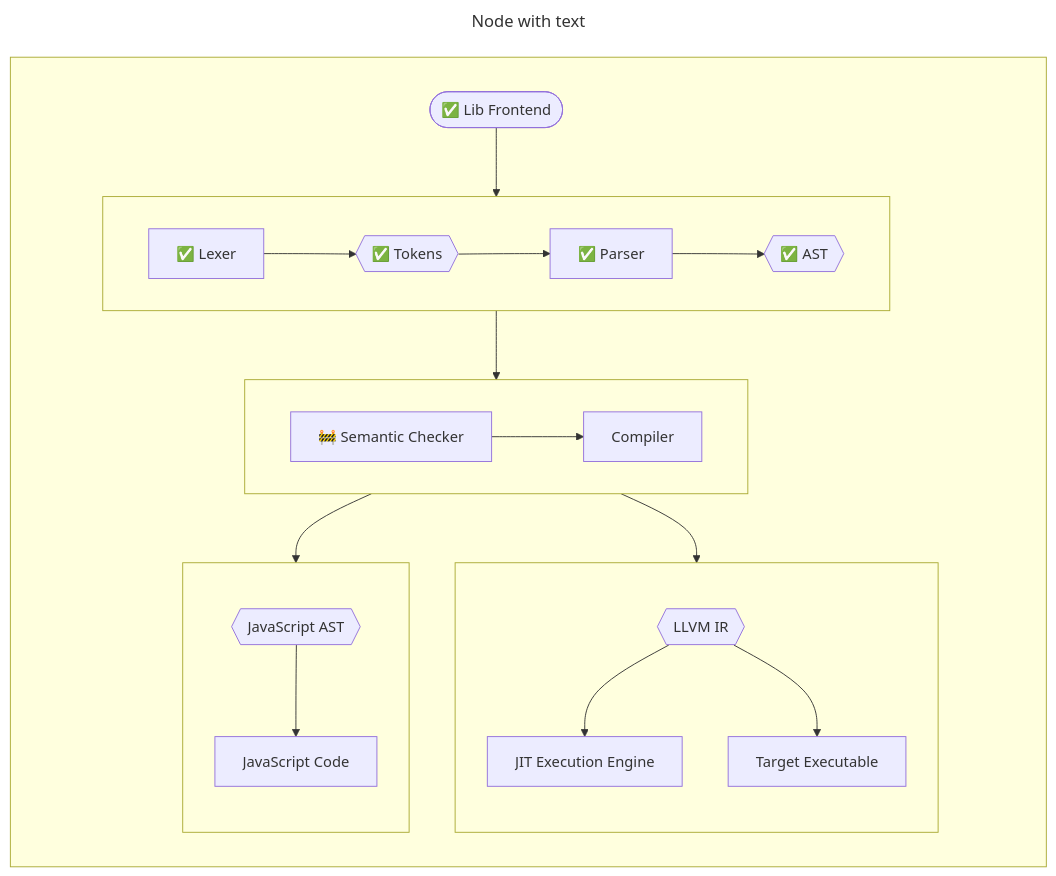
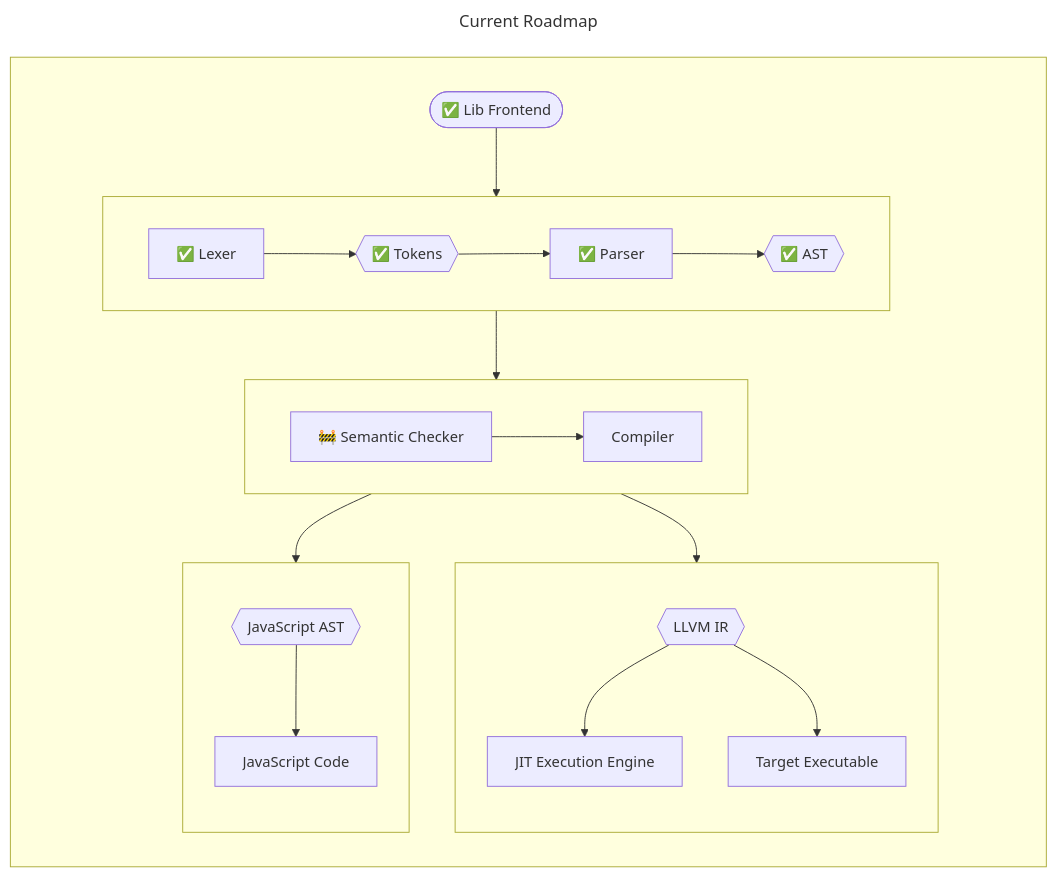
One commit to heinthanth/mabel-test changed the diagram in README.md. Above: the diagram before and after it, drawn with Mermaid.

````diff
--- a/README.md
+++ b/README.md
@@ -13,30 +13,30 @@
 ```mermaid
 ---
-title: Node with text
+title: Current Roadmap
 ---
 graph TB;
     subgraph roadmap[ ]
         direction TB
         subgraph ParserGraph[ ]
             direction LR
             Lexer[✅ Lexer] --> Tokens{{✅ Tokens}} --> Parser[✅ Parser] --> AST{{✅ AST}}
         end
         subgraph CompilerGraph[ ]
             direction LR
             SemCheck[🚧 Semantic Checker] --> Compiler
         end
         subgraph LLVMCodeGenGraph[ ]
             direction TB
             LLVMIR{{LLVM IR}} --> JITExecutionEngine[JIT Execution Engine]
             LLVMIR{{LLVM IR}} --> TargetExecutable[Target Executable]
         end
         subgraph JsCdoeGenGraph[ ]
             direction TB
             JsAst{{JavaScript AST}} --> JavaScript[JavaScript Code]
         end
         Start([✅ Lib Frontend]) -->  ParserGraph
         ParserGraph --> CompilerGraph
         CompilerGraph --> LLVMCodeGenGraph
         CompilerGraph --> JsCdoeGenGraph
     end
 ```
````
